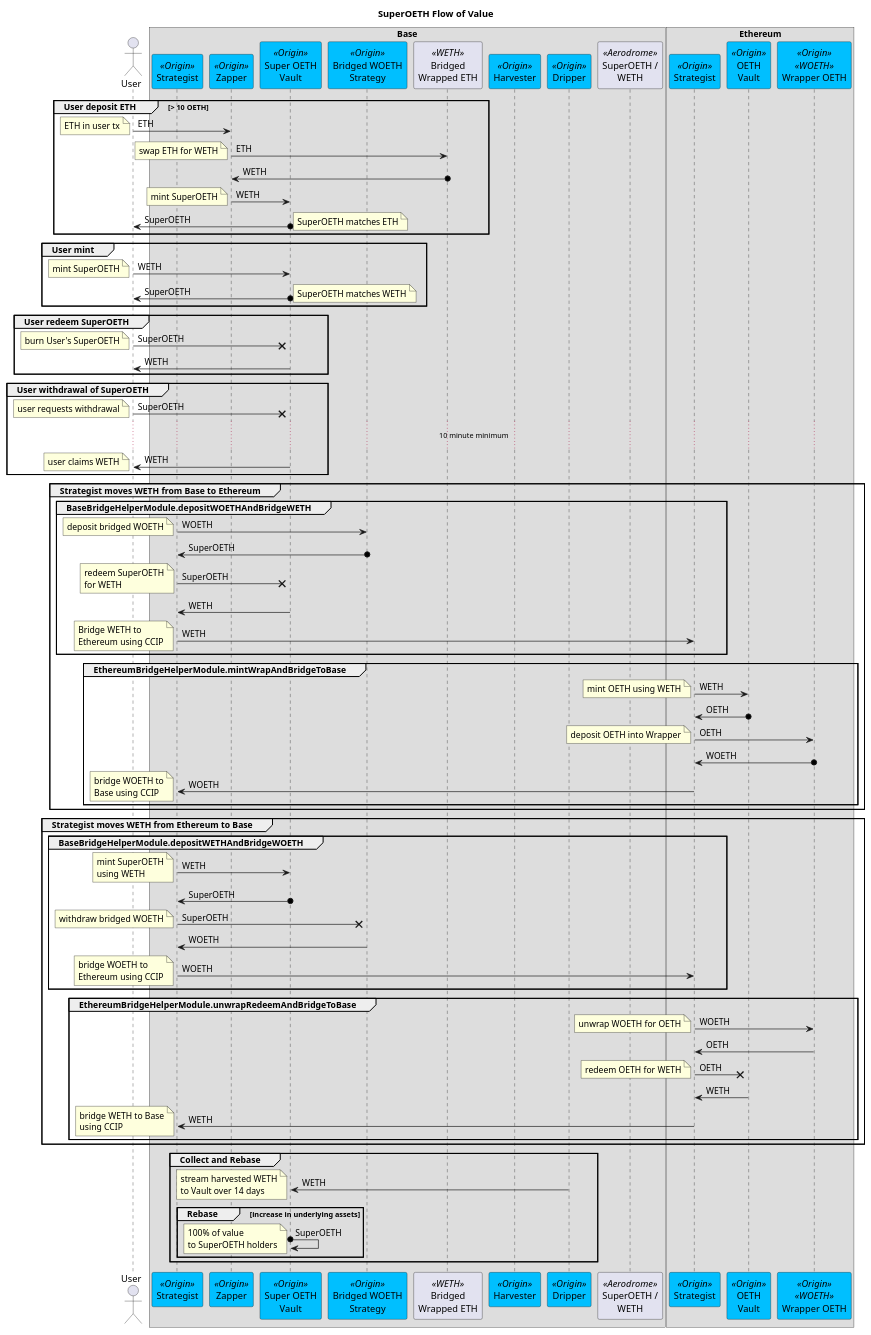
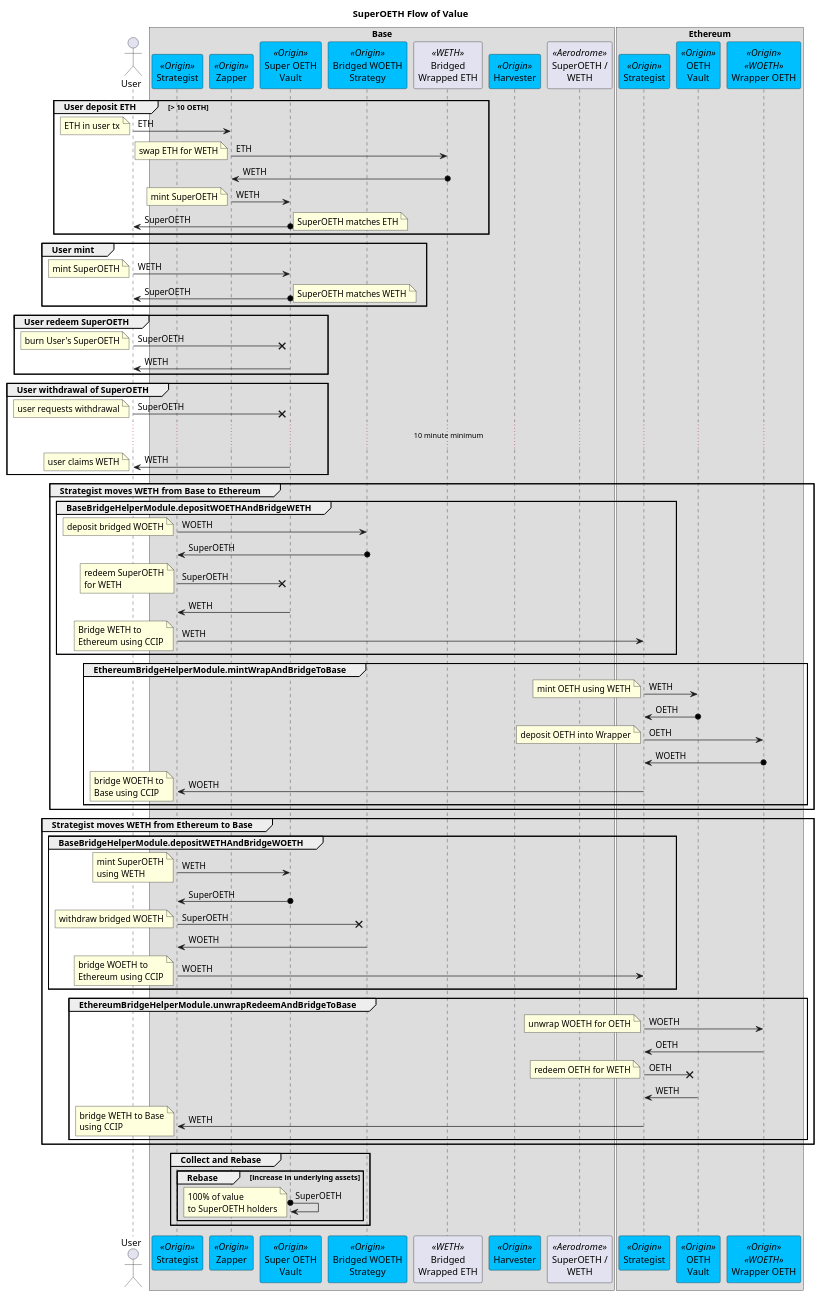
The diagram in contracts/docs/plantuml/oethBaseValueFlows.puml (OriginProtocol/origin-dollar), drawn with PlantUML before and after one commit. The commit also changed 44 other files, not shown here.

```diff
--- a/contracts/docs/plantuml/oethBaseValueFlows.puml
+++ b/contracts/docs/plantuml/oethBaseValueFlows.puml
@@ -1,163 +1,159 @@
 @startuml
 
 title "SuperOETH Flow of Value"
 
 actor "User" as user
 
 box Base
 participant "Strategist" as strategist <<Origin>> #DeepSkyBlue
 participant "Zapper" as zap <<Origin>> #DeepSkyBlue
 participant "Super OETH\nVault" as vault <<Origin>> #DeepSkyBlue
 participant "Bridged WOETH\nStrategy" as woethStrat <<Origin>> #DeepSkyBlue
 
 participant "Bridged\nWrapped ETH" as weth <<WETH>>
 participant "Harvester" as harv <<Origin>> #DeepSkyBlue
-participant "Dripper" as drip <<Origin>> #DeepSkyBlue
 
 participant "SuperOETH /\nWETH" as aeroPool <<Aerodrome>>
 end box
 
 box Ethereum
 participant "Strategist" as mainStrategist <<Origin>> #DeepSkyBlue
 participant "OETH\nVault" as mainVault <<Origin>> #DeepSkyBlue
 participant "Wrapper OETH" as woeth <<Origin>><<WOETH>> #DeepSkyBlue
 end box
 
 ' Deposit ETH via Zapper
 group User deposit ETH [> 10 OETH]
 user -> zap : ETH
 note left : ETH in user tx
 
 zap -> weth : ETH
 note left : swap ETH for WETH
 weth o-> zap : WETH
 
 ' vault o-> strategist : SuperOETH
 ' note left : 20% performance\nfee from rebase
 
 zap -> vault : WETH
 note left : mint SuperOETH
 
 vault o-> user : SuperOETH
 note right : SuperOETH matches ETH
 end
 
 ' Mint
 group User mint
 ' vault o-> strategist : OETH
 ' note left : 20% performance\nfee from rebase
 
 user -> vault : WETH
 note left : mint SuperOETH
 vault o-> user : SuperOETH
 note right : SuperOETH matches WETH
 end
 
 ' Redeem
 group User redeem SuperOETH
 ' vault o-> strategist : SuperOETH
 ' note left : 20% performance\nfee from rebase
 
 user -x vault : SuperOETH
 note left : burn User's SuperOETH
 
 vault -> user : WETH
 ' note right : 0.1% fee applied to redeemed assets.\nThis adds to the yield in the next rebase.
 end
 
 ' Withdraw
 group User withdrawal of SuperOETH
 ' vault o-> strategist : SuperOETH
 ' note left : 20% performance\nfee from rebase
 
 user -x vault : SuperOETH
 note left : user requests withdrawal
 
 ... 10 minute minimum ...
 
 vault -> user : WETH
 note left : user claims WETH
 end
 
 
 group Strategist moves WETH from Base to Ethereum
 
 group BaseBridgeHelperModule.depositWOETHAndBridgeWETH
 strategist -> woethStrat : WOETH
 note left : deposit bridged WOETH
 woethStrat o-> strategist : SuperOETH
 
 
 ' alt redeem from vault
 strategist ->x vault : SuperOETH
 note left : redeem SuperOETH\nfor WETH
 vault -> strategist : WETH
 ' else swap using Aero pool
 ' strategist -> aeroPool : SuperOETH
 ' note left : swap SuperOETH for WETH\nusing Aerodrome Pool
 ' aeroPool -> strategist : WETH
 ' end
 
 strategist -> mainStrategist : WETH
 note left : Bridge WETH to\nEthereum using CCIP
 end group
 
 group EthereumBridgeHelperModule.mintWrapAndBridgeToBase
 mainStrategist -> mainVault : WETH
 note left : mint OETH using WETH
 mainVault o-> mainStrategist : OETH
 
 mainStrategist -> woeth : OETH
 note left : deposit OETH into Wrapper
 woeth o-> mainStrategist : WOETH
 
 mainStrategist -> strategist : WOETH
 note left : bridge WOETH to\nBase using CCIP
 end group
 
 end
 
 
 group Strategist moves WETH from Ethereum to Base
 
 group BaseBridgeHelperModule.depositWETHAndBridgeWOETH
 strategist -> vault : WETH
 note left : mint SuperOETH\nusing WETH
 vault o-> strategist : SuperOETH
 
 strategist ->x woethStrat : SuperOETH
 note left : withdraw bridged WOETH
 woethStrat -> strategist : WOETH
 
 strategist -> mainStrategist : WOETH
 note left : bridge WOETH to\nEthereum using CCIP
 end group
 
 group EthereumBridgeHelperModule.unwrapRedeemAndBridgeToBase
 mainStrategist -> woeth : WOETH
 note left : unwrap WOETH for OETH
 woeth -> mainStrategist : OETH
 
 mainStrategist ->x mainVault : OETH
 note left : redeem OETH for WETH
 mainVault -> mainStrategist : WETH
 
 mainStrategist -> strategist : WETH
 note left : bridge WETH to Base\nusing CCIP
 end group
 
 end
 
 ' Collect and Rebase
 group Collect and Rebase
 
-drip -> vault : WETH
-note left : stream harvested WETH\nto Vault over 14 days
-
 group Rebase [increase in underlying assets]
 vault o-> vault : SuperOETH
 note left : 100% of value\nto SuperOETH holders
 end 
 end
 
 @enduml
```
